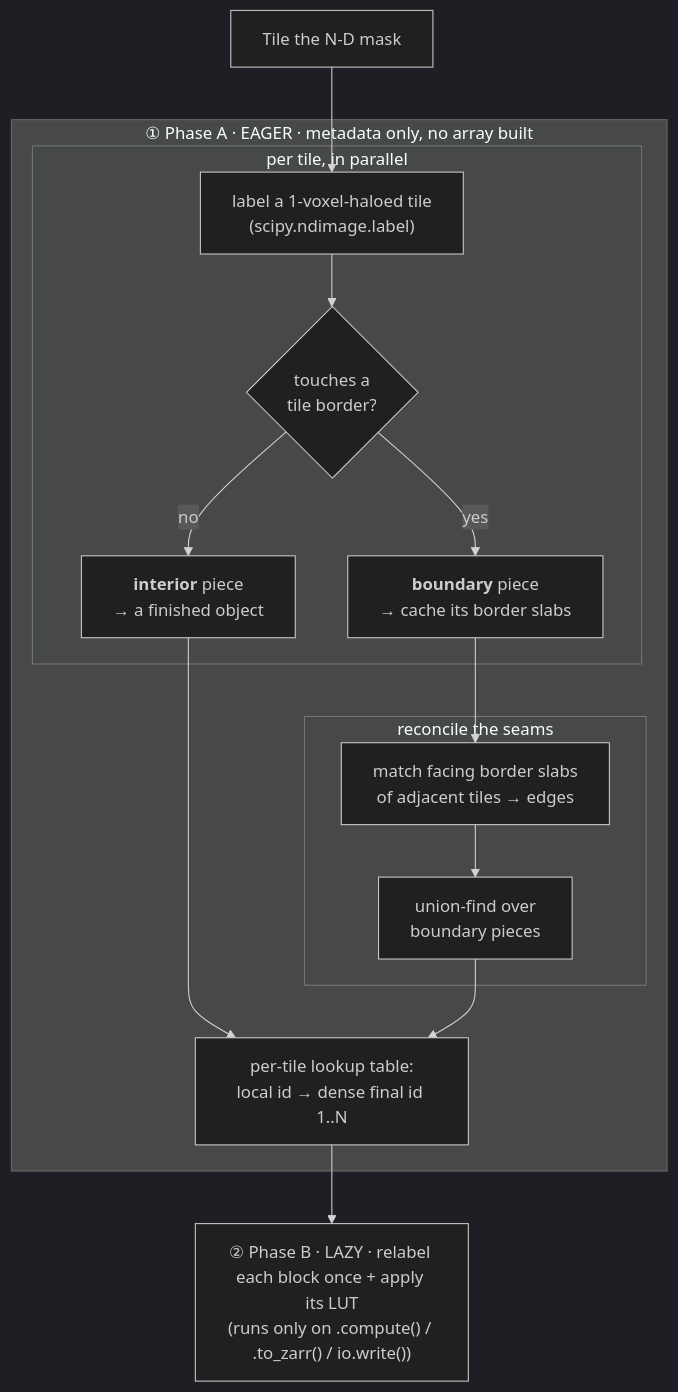
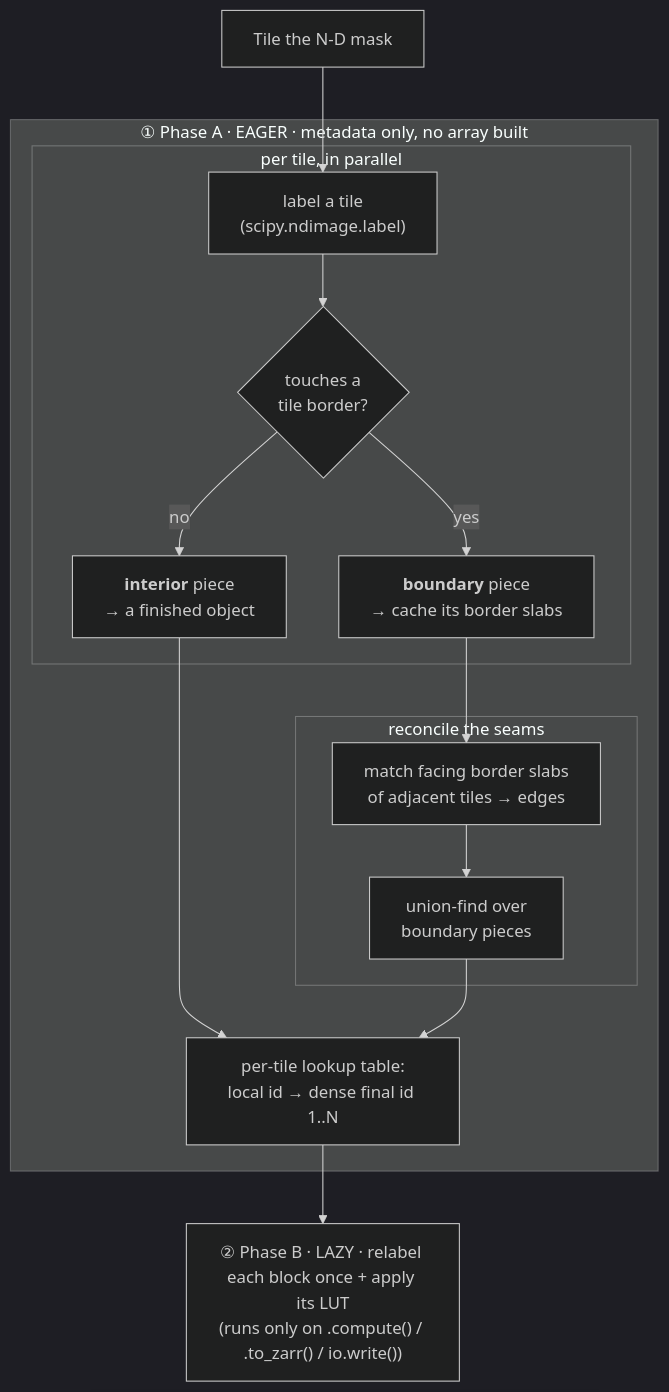
The diagram in README.md (bugraoezdemir/tilewise-ccl), drawn with Mermaid (dark theme) before and after one commit. The commit also changed other lines of this file and 8 other files, not shown here.

````diff
--- a/README.md
+++ b/README.md
@@ -285,20 +288,20 @@
 ```mermaid
 flowchart TB
     T["Tile the N-D mask"] --> L
 
     subgraph PA["① Phase A · EAGER · metadata only, no array built"]
       subgraph TL["per tile, in parallel"]
-        L["label a 1-voxel-haloed tile<br/>(scipy.ndimage.label)"] --> Q{"touches a<br/>tile border?"}
+        L["label a tile<br/>(scipy.ndimage.label)"] --> Q{"touches a<br/>tile border?"}
         Q -->|no| I["<b>interior</b> piece<br/>→ a finished object"]
         Q -->|yes| Bd["<b>boundary</b> piece<br/>→ cache its border slabs"]
       end
       subgraph RC["reconcile the seams"]
         M["match facing border slabs<br/>of adjacent tiles → edges"] --> U["union-find over<br/>boundary pieces"]
       end
       Bd --> M
       I --> LUT["per-tile lookup table:<br/>local id → dense final id 1..N"]
       U --> LUT
     end
 
     LUT --> PB["② Phase B · LAZY · relabel each block once + apply its LUT<br/>(runs only on .compute() / .to_zarr() / io.write())"]
 ```
````
